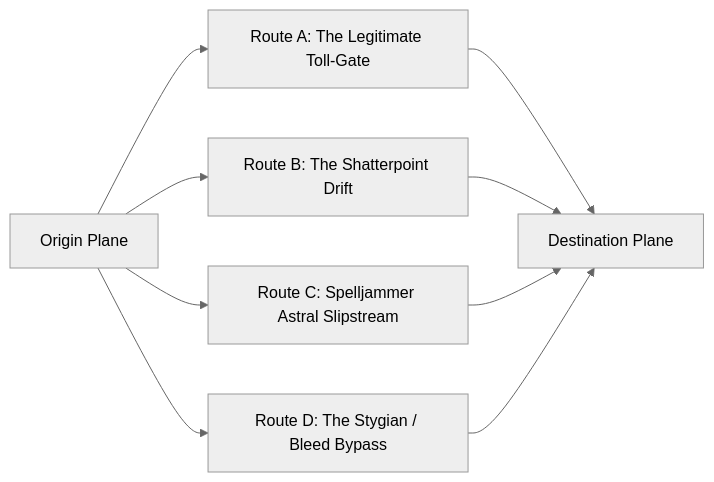
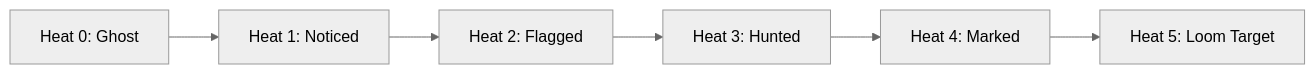
The seventh of 8 diagrams in src/content/wiki/Planes of Existence/The Interplanar Black Market & Smuggling Ruleset.md (TheBigWazowkski1997/The-Shattered-Loom-Online-Wiki), drawn with Mermaid (neutral theme) before and after one commit. The commit also changed other lines of this file and 19 other files, not shown here.

````diff
--- a/src/content/wiki/Planes of Existence/The Interplanar Black Market & Smuggling Ruleset.md
+++ b/src/content/wiki/Planes of Existence/The Interplanar Black Market & Smuggling Ruleset.md
@@ -152,12 +332,8 @@
 ```mermaid
 graph LR
-    Origin["Origin Plane"] --> RouteA["Route A: The Legitimate Toll-Gate"]
-    Origin --> RouteB["Route B: The Shatterpoint Drift"]
-    Origin --> RouteC["Route C: Spelljammer Astral Slipstream"]
-    Origin --> RouteD["Route D: The Stygian / Bleed Bypass"]
-    
-    RouteA --> Destination["Destination Plane"]
-    RouteB --> Destination
-    RouteC --> Destination
-    RouteD --> Destination
+    H0["Heat 0: Ghost"] --> H1["Heat 1: Noticed"]
+    H1 --> H2["Heat 2: Flagged"]
+    H2 --> H3["Heat 3: Hunted"]
+    H3 --> H4["Heat 4: Marked"]
+    H4 --> H5["Heat 5: Loom Target"]
 ```
````
